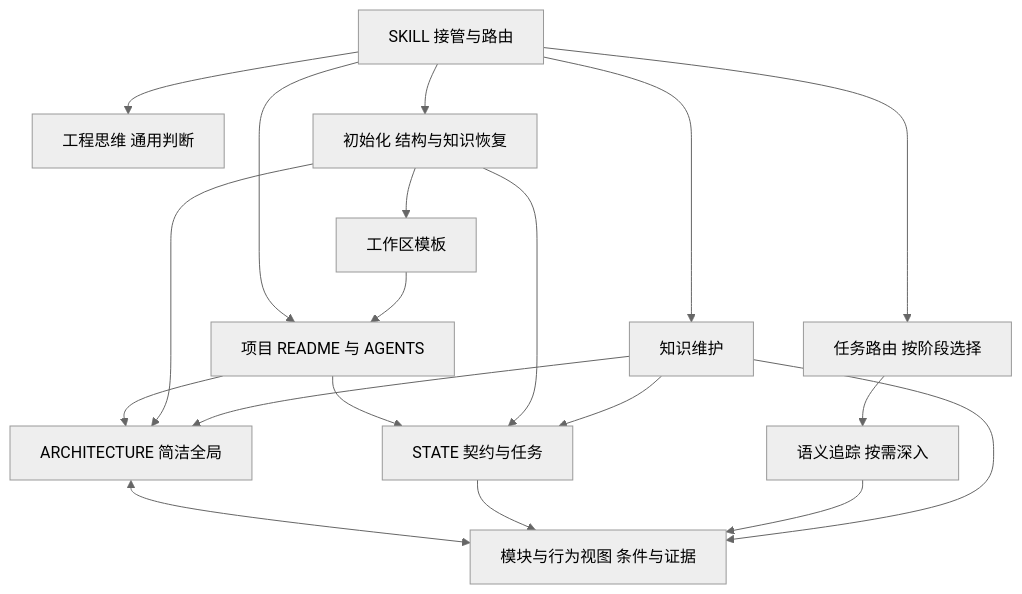
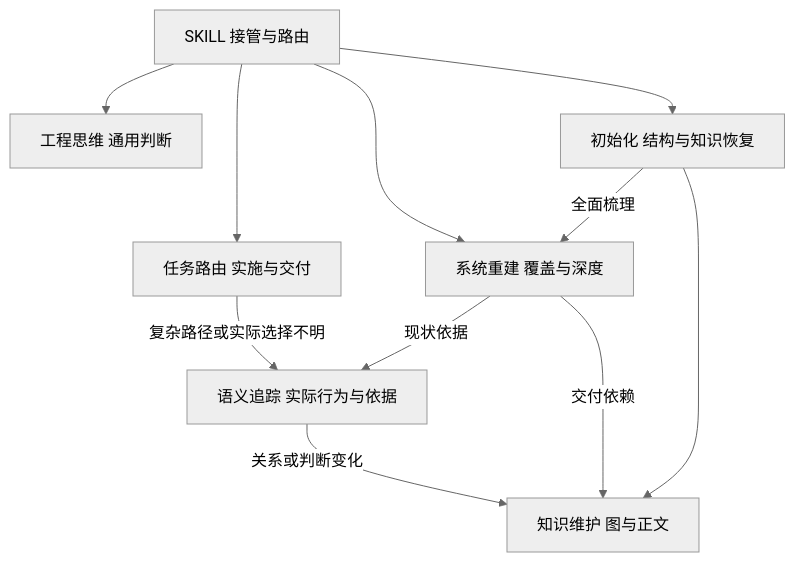
Before and after one commit to jiale-li-orion/arch-thinking-skill: the first of 3 diagrams in README.md, drawn with Mermaid (neutral theme). The commit also changed other lines of this file and 7 other files, not shown here.

````diff
--- a/README.md
+++ b/README.md
@@ -38,21 +41,13 @@
 ```mermaid
 flowchart TB
-    SK[SKILL 接管与路由] --> EN[项目 README 与 AGENTS]
-    EN --> AR[ARCHITECTURE 简洁全局]
-    EN --> ST[STATE 契约与任务]
-    SK --> TH[工程思维 通用判断]
-    SK --> RT[任务路由 按阶段选择]
-    RT --> TR[语义追踪 按需深入]
+    SK[SKILL 接管与路由] --> TH[工程思维 通用判断]
+    SK --> RT[任务路由 实施与交付]
+    SK --> SR[系统重建 覆盖与深度]
     SK --> IN[初始化 结构与知识恢复]
-    IN --> TM[工作区模板]
-    TM --> EN
-    IN --> AR
-    IN --> ST
-    AR <--> FL[模块与行为视图 条件与证据]
-    ST --> FL
-    TR --> FL
-    SK --> KM[知识维护]
-    KM --> AR
-    KM --> ST
-    KM --> FL
+    RT -->|复杂路径或实际选择不明| TR[语义追踪 实际行为与依据]
+    SR -->|现状依据| TR
+    IN -->|全面梳理| SR
+    SR -->|交付依赖| KM[知识维护 图与正文]
+    TR -->|关系或判断变化| KM
+    IN --> KM
 ```
````
